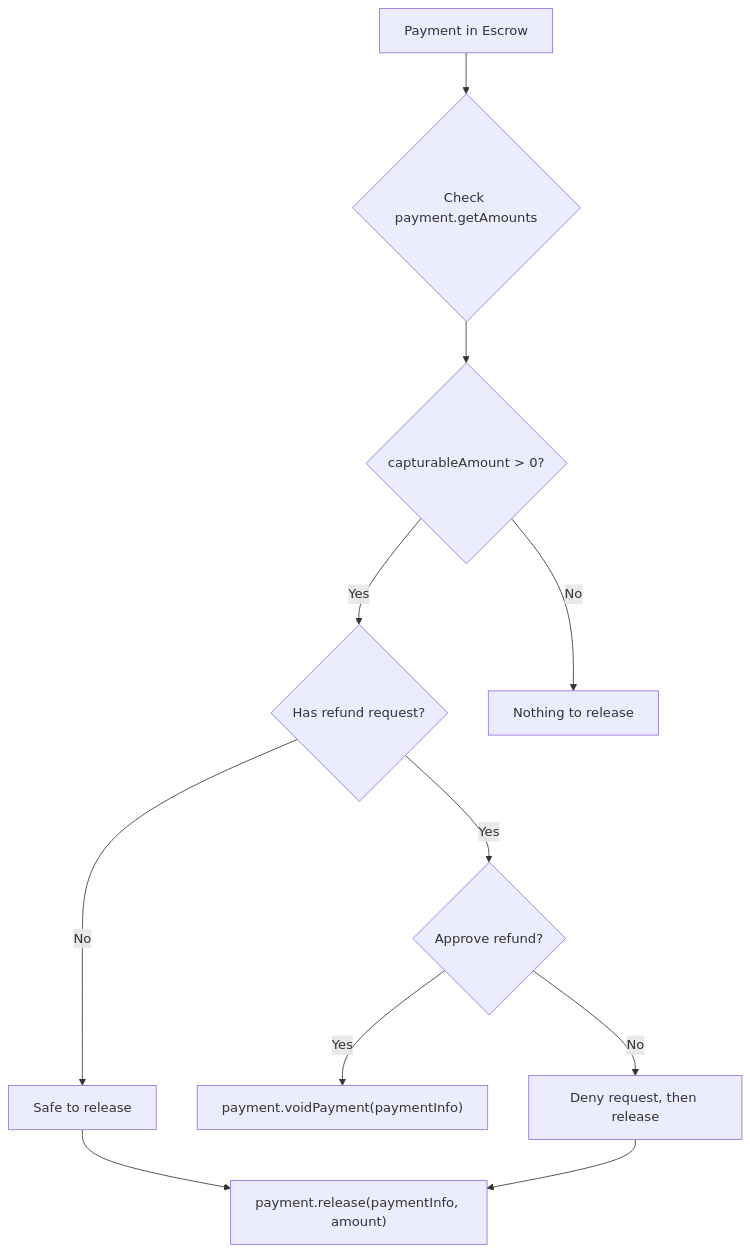
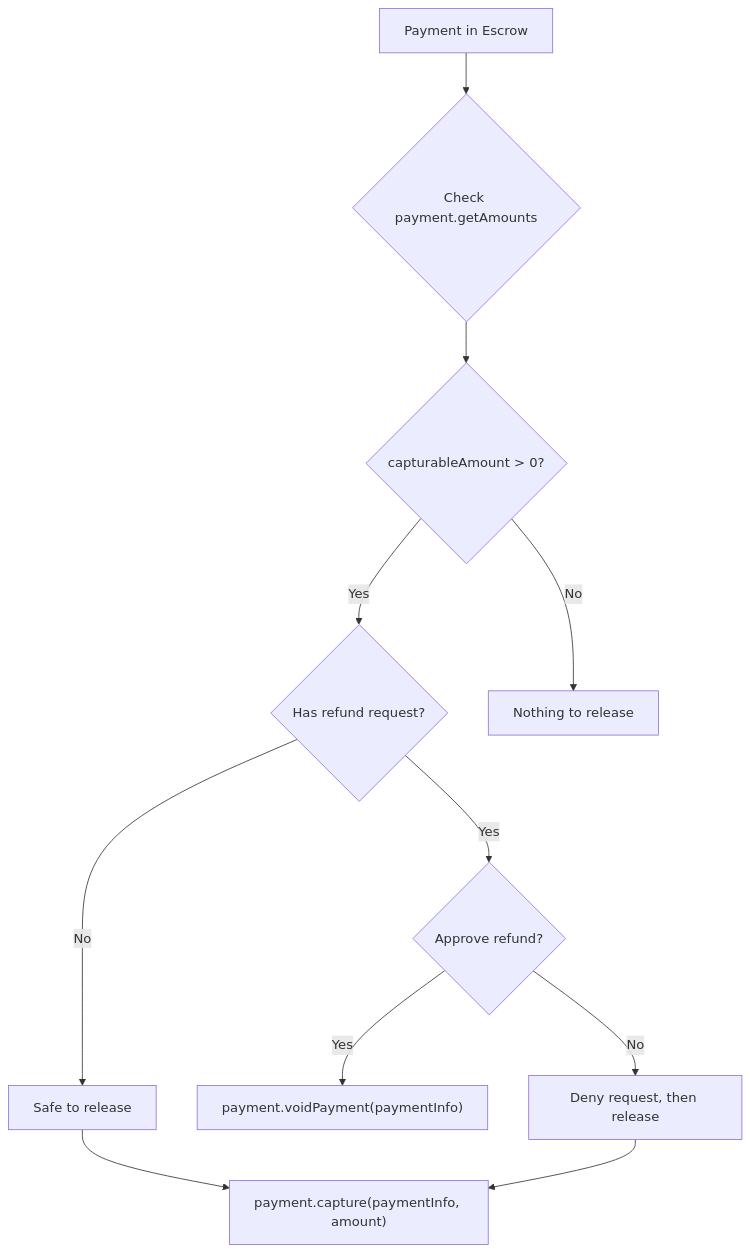
The diagram in sdk/merchant/payment-operations.mdx (BackTrackCo/docs), drawn with Mermaid before and after one commit. The commit also changed other lines of this file and 34 other files, not shown here.

First line of the commit message:
docs: comprehensive sweep — rename release→capture, drop multi-chain claims, fix scheme examples

````diff
--- a/sdk/merchant/payment-operations.mdx
+++ b/sdk/merchant/payment-operations.mdx
@@ -167,13 +167,13 @@
 ```mermaid
 flowchart TD
     A[Payment in Escrow] --> B{Check payment.getAmounts}
     B --> C{capturableAmount > 0?}
     C -->|Yes| D{Has refund request?}
     C -->|No| E[Nothing to release]
     D -->|No| F[Safe to release]
     D -->|Yes| G{Approve refund?}
-    F --> H["payment.release(paymentInfo, amount)"]
+    F --> H["payment.capture(paymentInfo, amount)"]
     G -->|Yes| I["payment.voidPayment(paymentInfo)"]
     G -->|No| J[Deny request, then release]
     J --> H
 ```
````
